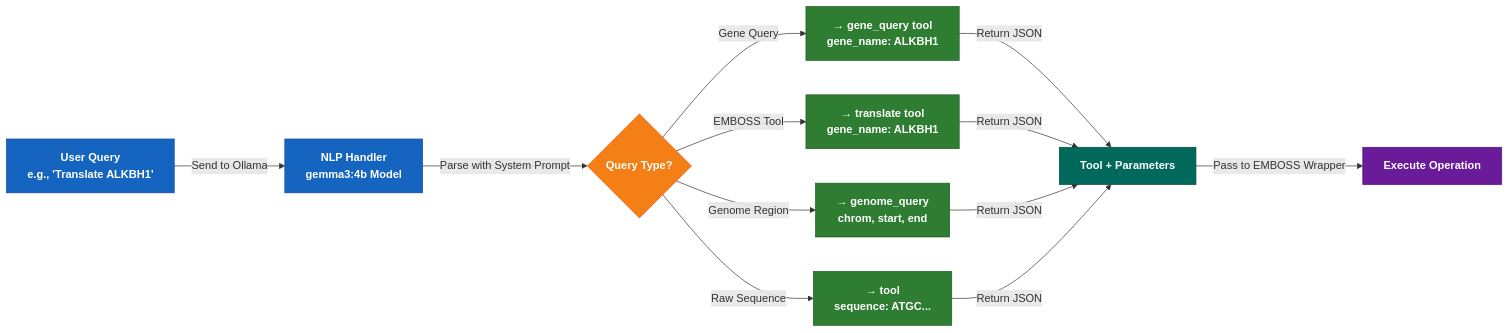
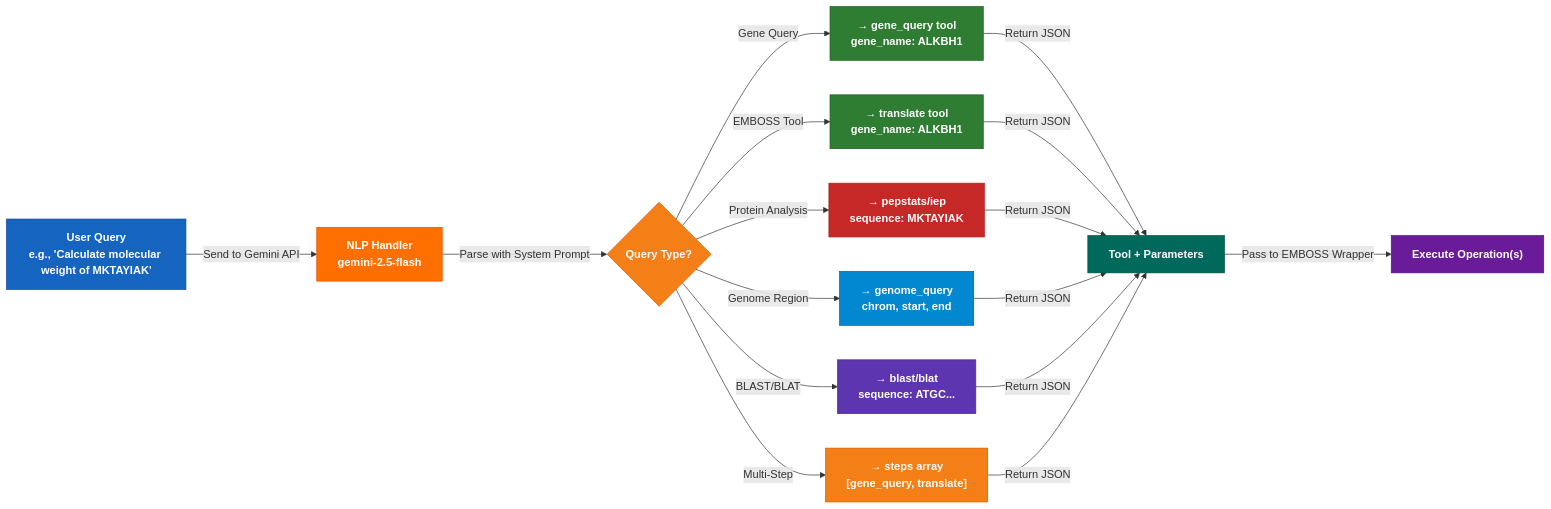
The second of 9 diagrams in docs/ARCHITECTURE.md (caagendaz/BME110-final), drawn with Mermaid before and after one commit. The commit also changed other lines of this file, not shown here.

Commit message:
Update ARCHITECTURE.md flowcharts to reflect Gemini API, Python 3.12, multi-question mode, and new tools

````diff
--- a/docs/ARCHITECTURE.md
+++ b/docs/ARCHITECTURE.md
@@ -60,28 +78,34 @@
 ```mermaid
 graph LR
-    A["User Query<br/>e.g., 'Translate ALKBH1'"] -->|Send to Ollama| B["NLP Handler<br/>gemma3:4b Model"]
+    A["User Query<br/>e.g., 'Calculate molecular weight of MKTAYIAK'"] -->|Send to Gemini API| B["NLP Handler<br/>gemini-2.5-flash"]
     
     B -->|Parse with System Prompt| C{Query Type?}
     
     C -->|Gene Query| D["→ gene_query tool<br/>gene_name: ALKBH1"]
     C -->|EMBOSS Tool| E["→ translate tool<br/>gene_name: ALKBH1"]
-    C -->|Genome Region| F["→ genome_query<br/>chrom, start, end"]
-    C -->|Raw Sequence| G["→ tool<br/>sequence: ATGC..."]
+    C -->|Protein Analysis| F["→ pepstats/iep<br/>sequence: MKTAYIAK"]
+    C -->|Genome Region| G["→ genome_query<br/>chrom, start, end"]
+    C -->|BLAST/BLAT| H["→ blast/blat<br/>sequence: ATGC..."]
+    C -->|Multi-Step| I["→ steps array<br/>[gene_query, translate]"]
     
-    D -->|Return JSON| H["Tool + Parameters"]
-    E -->|Return JSON| H
-    F -->|Return JSON| H
-    G -->|Return JSON| H
+    D -->|Return JSON| J["Tool + Parameters"]
+    E -->|Return JSON| J
+    F -->|Return JSON| J
+    G -->|Return JSON| J
+    H -->|Return JSON| J
+    I -->|Return JSON| J
     
-    H -->|Pass to EMBOSS Wrapper| I["Execute Operation"]
+    J -->|Pass to EMBOSS Wrapper| K["Execute Operation(s)"]
     
     style A fill:#1565c0,stroke:#0d47a1,color:#ffffff,font-weight:bold
-    style B fill:#1565c0,stroke:#0d47a1,color:#ffffff,font-weight:bold
+    style B fill:#ff6f00,stroke:#e65100,color:#ffffff,font-weight:bold
     style C fill:#f57f17,stroke:#e65100,color:#ffffff,font-weight:bold
     style D fill:#2e7d32,stroke:#1b5e20,color:#ffffff,font-weight:bold
     style E fill:#2e7d32,stroke:#1b5e20,color:#ffffff,font-weight:bold
-    style F fill:#2e7d32,stroke:#1b5e20,color:#ffffff,font-weight:bold
-    style G fill:#2e7d32,stroke:#1b5e20,color:#ffffff,font-weight:bold
-    style H fill:#00695c,stroke:#004d40,color:#ffffff,font-weight:bold
-    style I fill:#6a1b9a,stroke:#4a148c,color:#ffffff,font-weight:bold
+    style F fill:#c62828,stroke:#b71c1c,color:#ffffff,font-weight:bold
+    style G fill:#0288d1,stroke:#01579b,color:#ffffff,font-weight:bold
+    style H fill:#5e35b1,stroke:#4527a0,color:#ffffff,font-weight:bold
+    style I fill:#f57f17,stroke:#e65100,color:#ffffff,font-weight:bold
+    style J fill:#00695c,stroke:#004d40,color:#ffffff,font-weight:bold
+    style K fill:#6a1b9a,stroke:#4a148c,color:#ffffff,font-weight:bold
 ```
````
